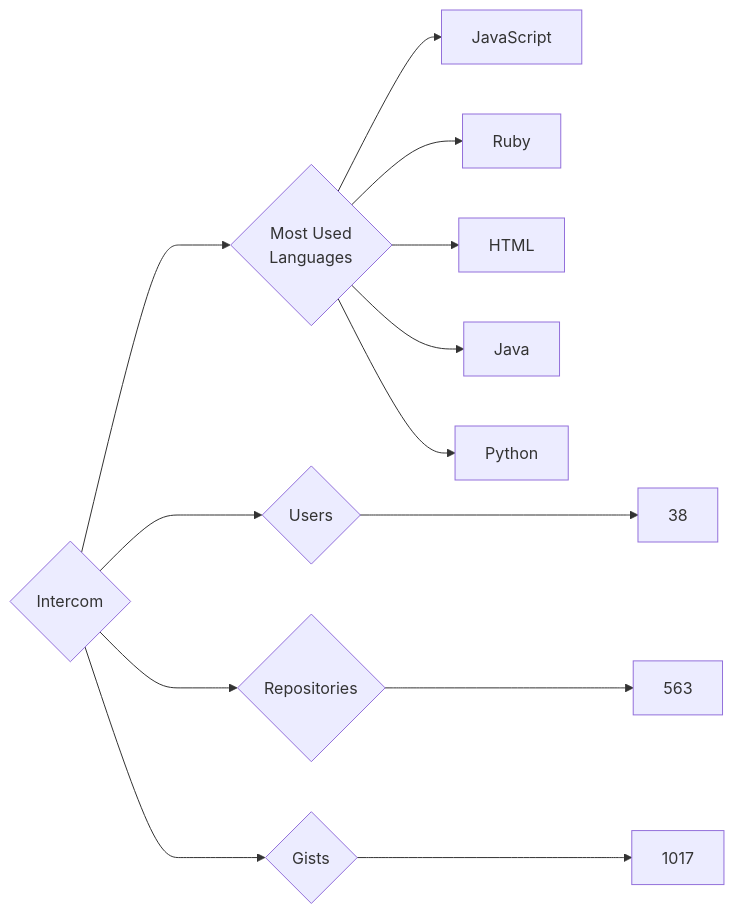
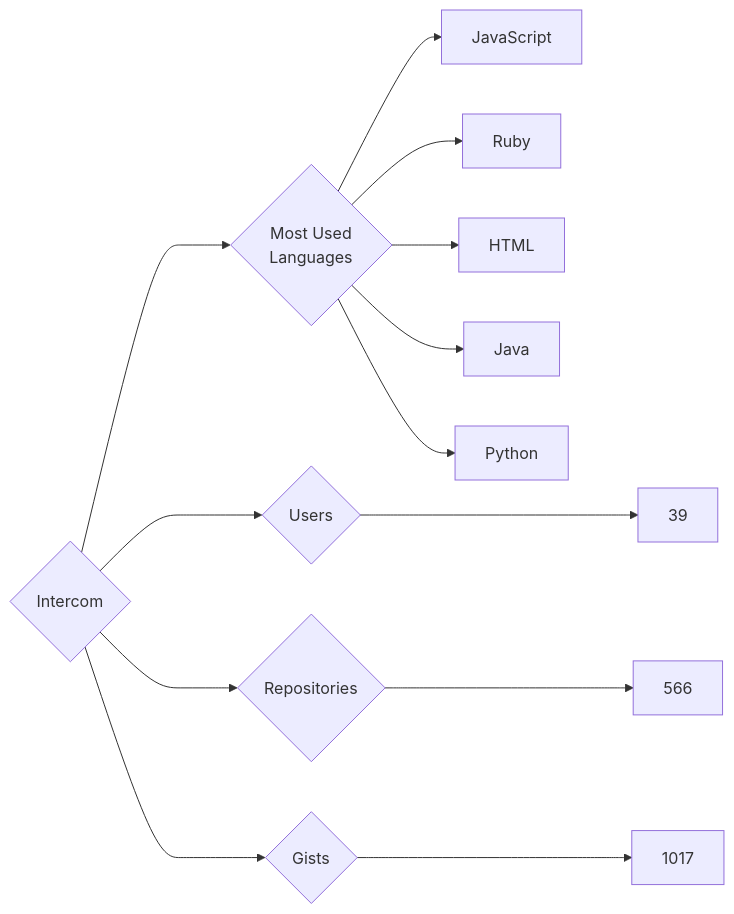
The diagram in targets/Intercom/README.md (trickest/insiders), drawn with Mermaid before and after one commit. The commit also changed 772 other files, not shown here.

````diff
--- a/targets/Intercom/README.md
+++ b/targets/Intercom/README.md
@@ -3,13 +3,13 @@
 ```mermaid
 graph LR
 COMPANY_NAME{Intercom}
-COMPANY_NAME ---> U{Users} ---> UN[38]
-COMPANY_NAME ---> R{Repositories} ---> RN[563]
+COMPANY_NAME ---> U{Users} ---> UN[39]
+COMPANY_NAME ---> R{Repositories} ---> RN[566]
 COMPANY_NAME ---> G{Gists} ---> GN[1017]
 COMPANY_NAME ---> ML{Most Used<br>Languages}
 ML --> JavaScript[JavaScript]
 ML --> Ruby[Ruby]
 ML --> HTML[HTML]
 ML --> Java[Java]
 ML --> Python[Python]
 ```
````
